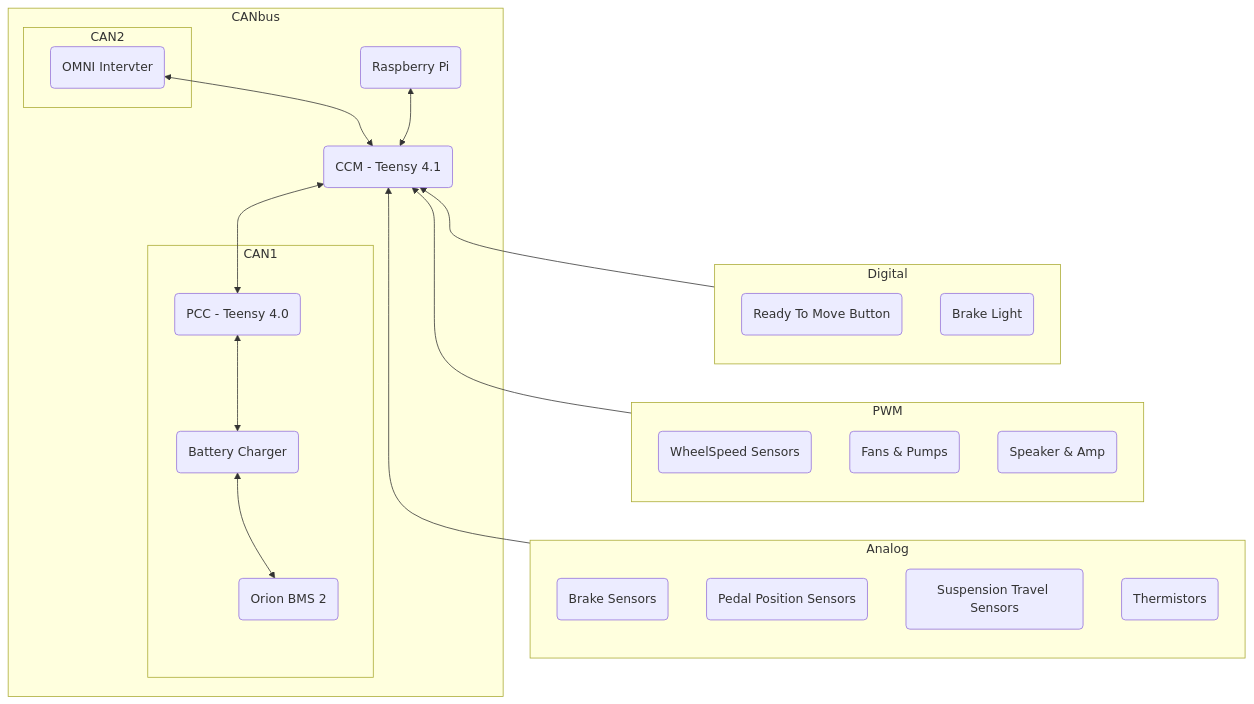
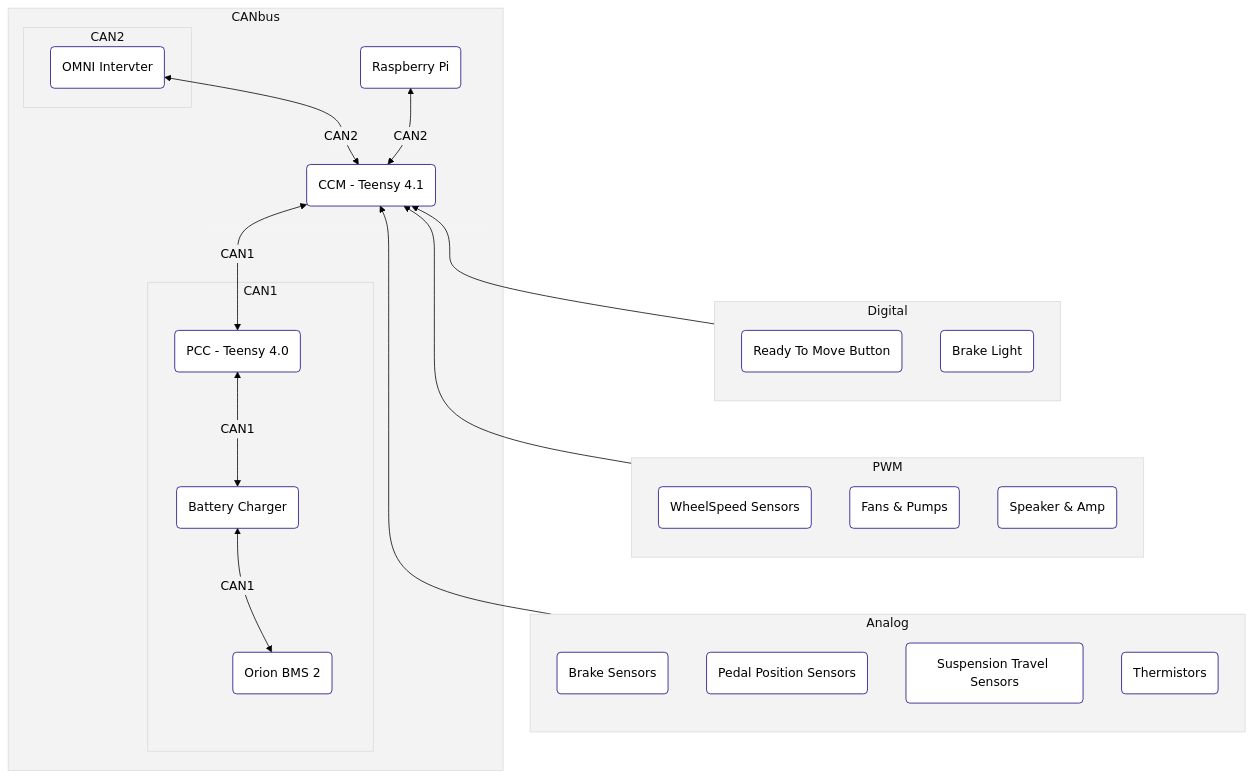
The diagram in src/firmware_diagrams.md (Anteater-Electric-Racing/aer-documentation), drawn with Mermaid before and after one commit.

Commit message:
cange color scheme

````diff
--- a/src/firmware_diagrams.md
+++ b/src/firmware_diagrams.md
@@ -3,61 +3,71 @@
 ```mermaid
+---
+config:
+  theme: 'base'
+  themeVariables:
+    primaryColor: '#ffffffff'
+    primaryTextColor: '#000000ff'
+    primaryBorderColor: '#17007cff'
+    lineColor: '#000000ff'
+    secondaryColor: '#f3f3f3ff'
+    tertiaryColor: '#f3f3f3ff'
+---
 flowchart BT
     %% This is a comment for the entire diagram
     subgraph CANbus
 
         subgraph CAN1
             BMS(Orion BMS 2)
             BC(Battery Charger)
             PCC(PCC - Teensy 4.0)
         end
-
 
         subgraph empty[" "]
             CCM(CCM - Teensy 4.1)
             RPI(Raspberry Pi)
         end
 
         style empty stroke-width:0px
 
 
         subgraph CAN2
             INV(OMNI Intervter)
         end
 
         CAN1~~~empty~~~CAN2
 
 
         %%CAN LOOP1
-        BMS <--> BC <--> PCC <--> CCM
+        BMS <--> |CAN1| BC <--> |CAN1| PCC <--> |CAN1| CCM
 
         %%CANLOOP2
-        INV<-->CCM<-->RPI
+        INV<--> |CAN2|CCM<--> |CAN2|RPI
     end
 
 
 
         subgraph Analog[Analog]
                 B(Brake Sensors)
                 A(Pedal Position Sensors)
                 LPOT(Suspension Travel Sensors)
                 TR(Thermistors)
         end
 
         subgraph PWM[PWM]
             W(WheelSpeed Sensors)
             FP(Fans & Pumps)
             SP(Speaker & Amp)
         end
         subgraph MISC[Digital]
             RTM(Ready To Move Button)
             BL(Brake Light)
         end
 
         Analog~~~PWM~~~MISC
 
         Analog --> CCM
         PWM --> CCM
         MISC -->CCM
 
 
 ```
````
